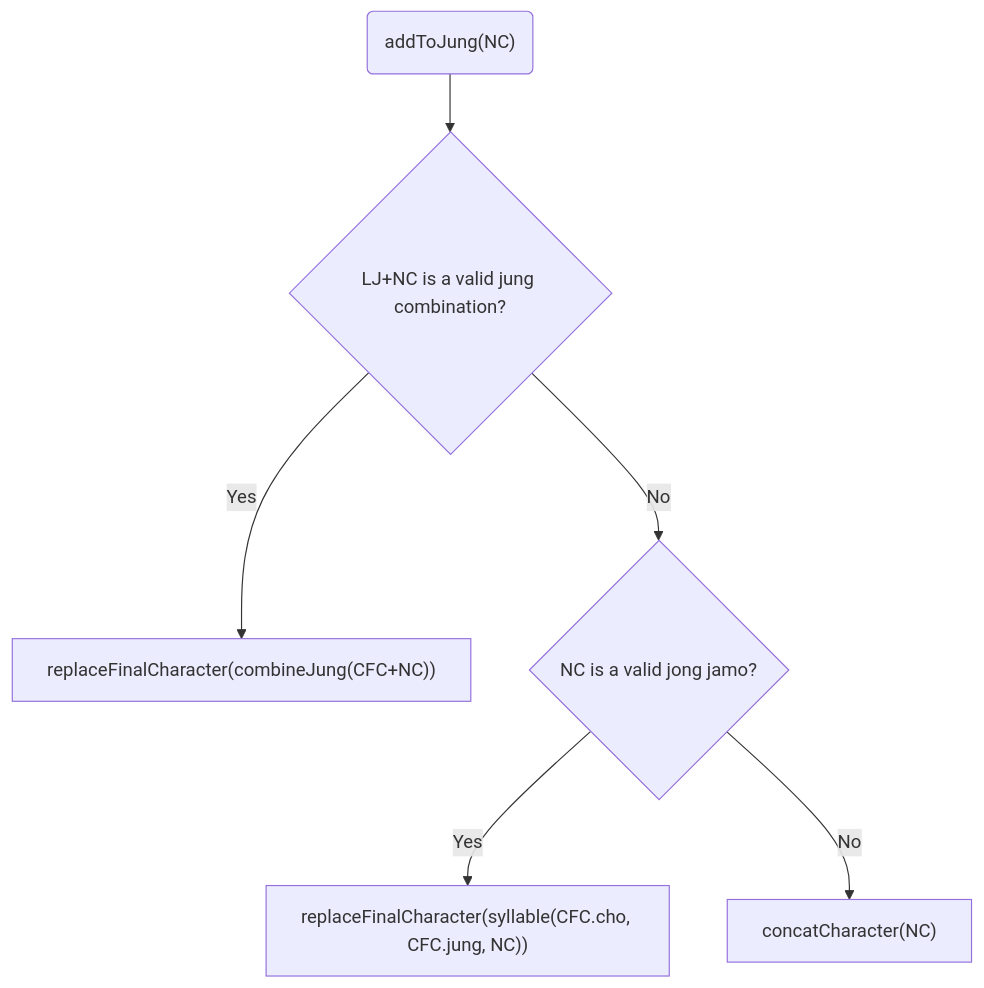
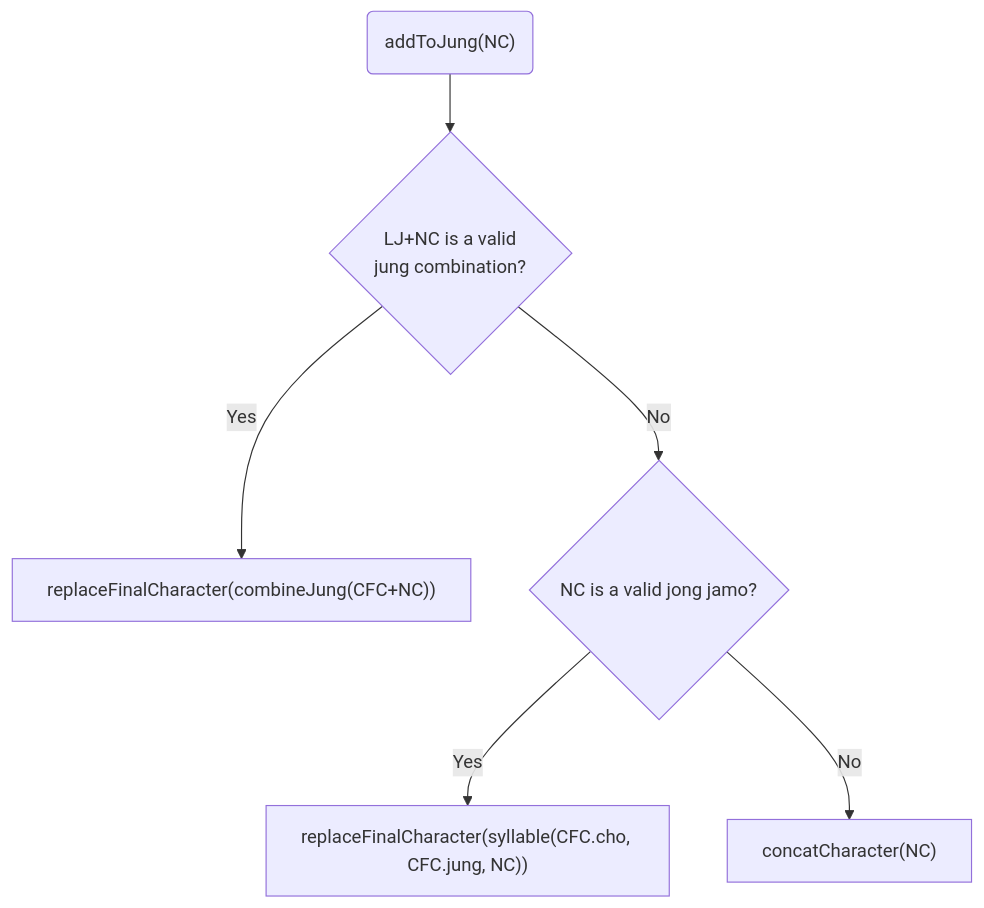
Before and after one commit to gsouf/dart-hangul: the third of 4 diagrams in doc/dev/hangul_input_flow.md, drawn with Mermaid. The commit also changed other lines of this file, not shown here.

````diff
--- a/doc/dev/hangul_input_flow.md
+++ b/doc/dev/hangul_input_flow.md
@@ -46,8 +46,8 @@
 ```mermaid
 graph TD
-  A("addToJung(NC)") --> B{LJ+NC is a valid jung combination?}
+  A("addToJung(NC)") --> B{LJ+NC is a valid<br/>jung combination?}
   B --> |Yes| C["replaceFinalCharacter(combineJung(CFC+NC))"]
   B --> |No| D{NC is a valid jong jamo?}
   D --> |Yes| E["replaceFinalCharacter(syllable(CFC.cho, CFC.jung, NC))"]
   D --> |No| F["concatCharacter(NC)"]
 ```
````
